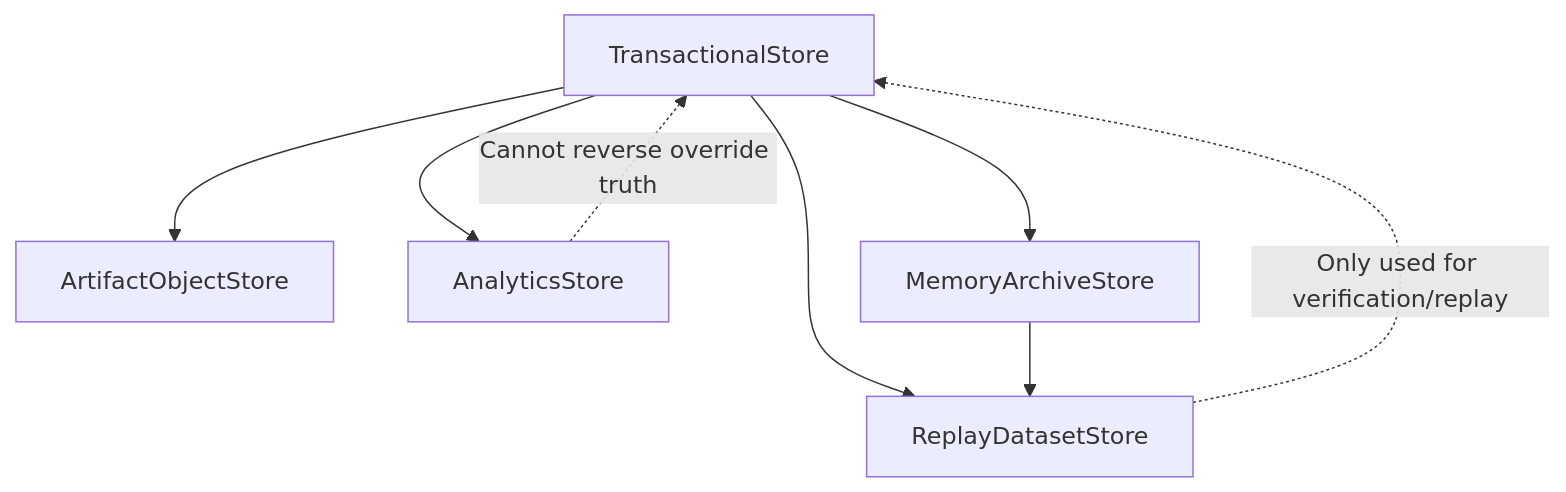
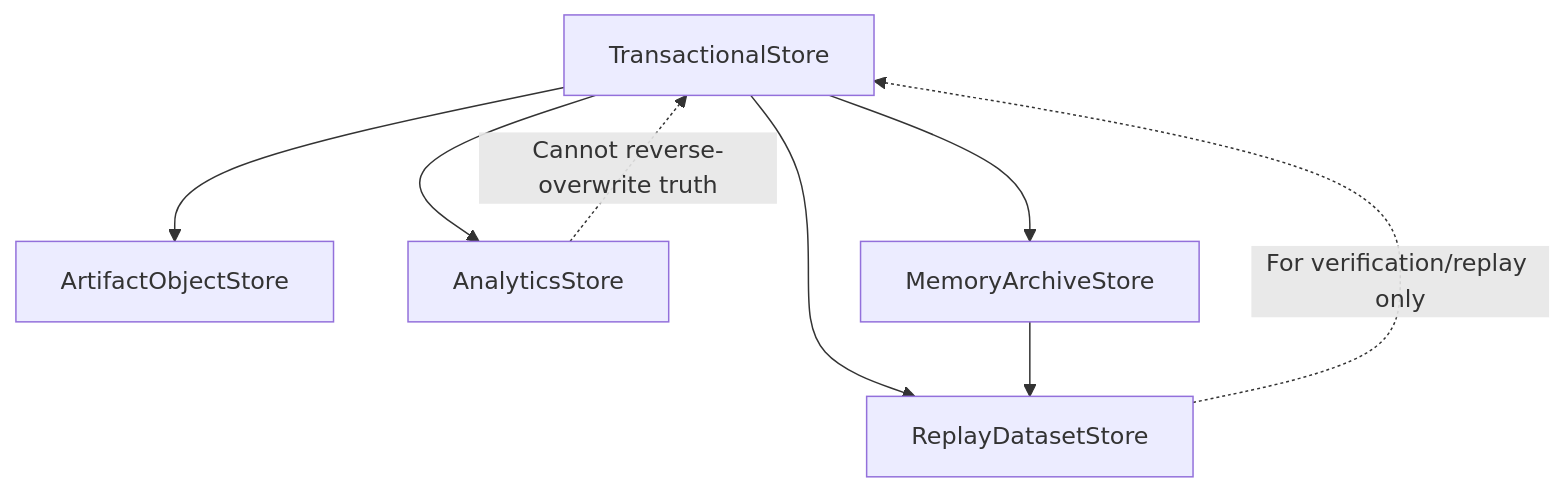
One commit to HoldenShen-hz/automatic-agent-platform changed the first of 3 diagrams in docs_en/contracts/data_plane_contract.md. Above: the diagram before and after it, drawn with Mermaid. The commit also changed other lines of this file and 146 other files, not shown here.

````diff
--- a/docs_en/contracts/data_plane_contract.md
+++ b/docs_en/contracts/data_plane_contract.md
@@ -31,10 +48,10 @@
 ```mermaid
 flowchart TD
     A["TransactionalStore"] --> B["ArtifactObjectStore"]
     A --> C["AnalyticsStore"]
     A --> D["MemoryArchiveStore"]
     A --> E["ReplayDatasetStore"]
     D --> E
-    C -. "Cannot reverse override truth" .-> A
-    E -. "Only used for verification/replay" .-> A
+    C -. "Cannot reverse-overwrite truth" .-> A
+    E -. "For verification/replay only" .-> A
 ```
````
